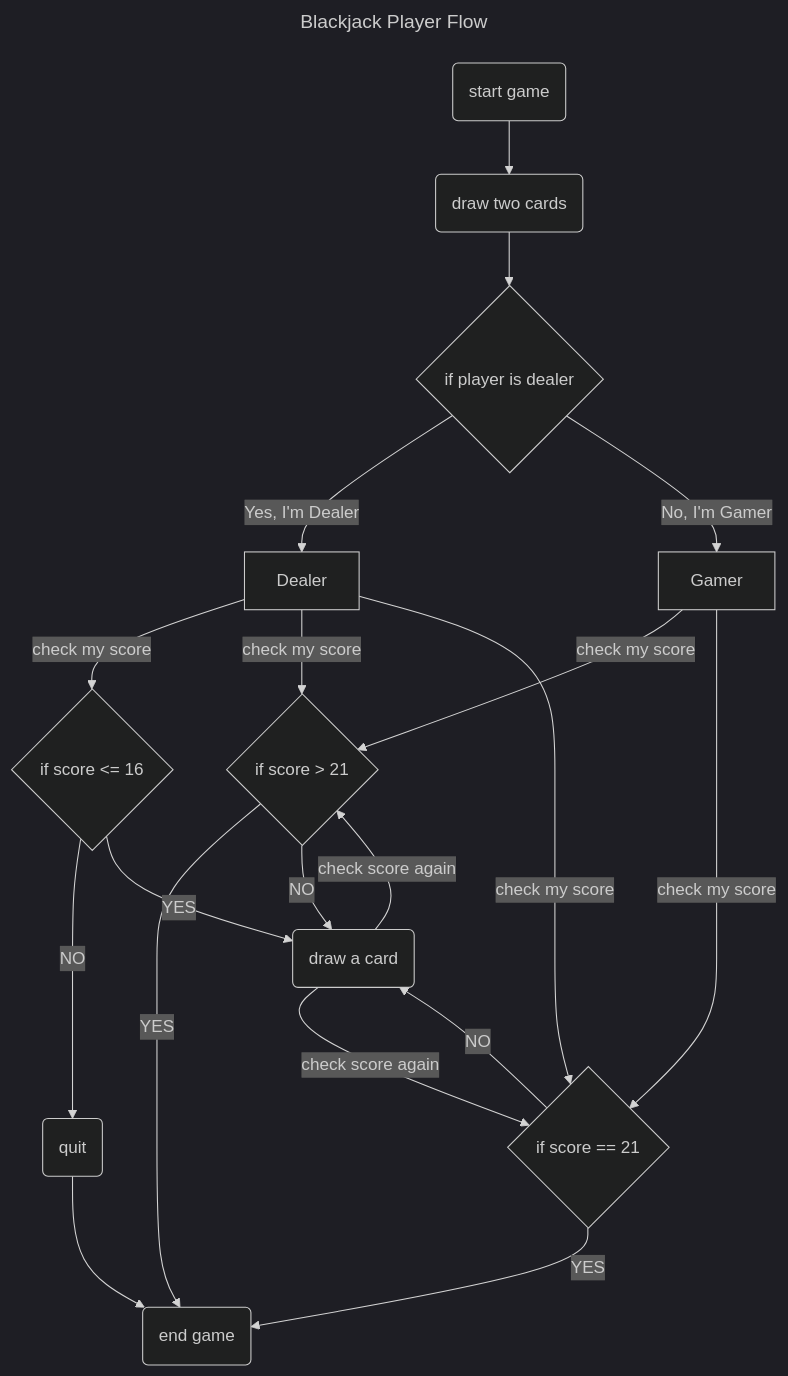
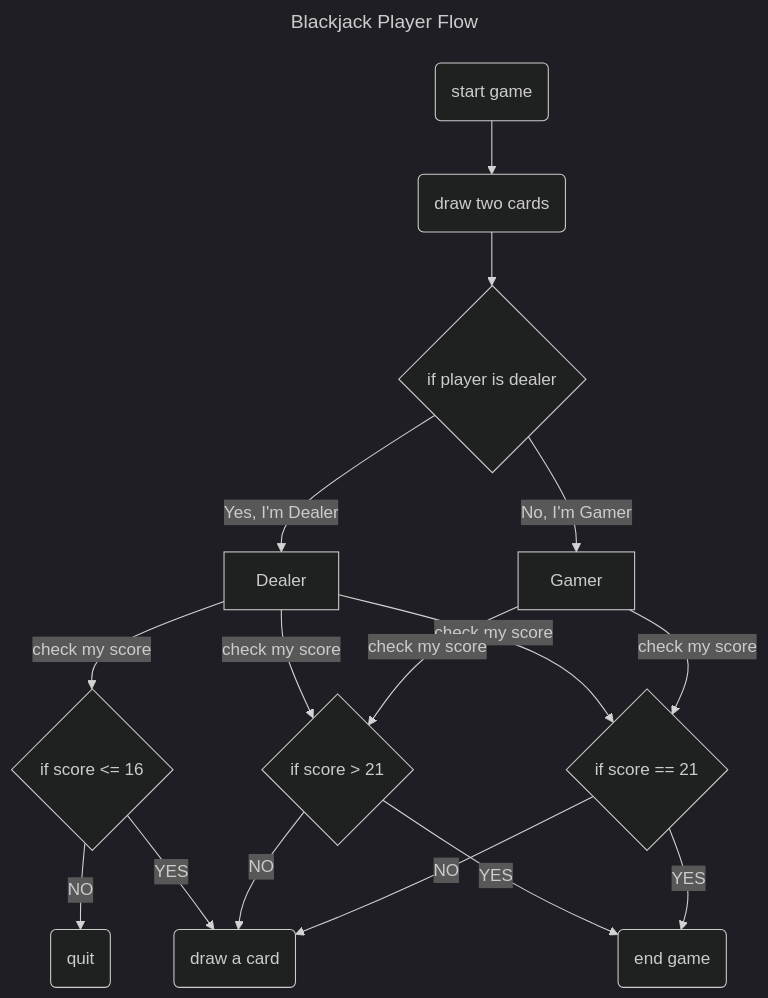
The diagram in blackjack.md (next-step/kotlin-blackjack), drawn with Mermaid (dark theme) before and after one commit. The commit also changed 5 other files, not shown here.

````diff
--- a/blackjack.md
+++ b/blackjack.md
@@ -1,46 +1,43 @@
 ```mermaid
 ---
 title: Blackjack Player Flow
 ---
 flowchart TD
     gamer[Gamer]
     dealer[Dealer]
 
     startGame(start game)
     endGame(end game)
     drawTwoCards(draw two cards)
     draw(draw a card)
     quit(quit)
     
     checkPlayer{if player is dealer}
     checkScoreUnder16{ if score <= 16}
     checkOver21{ if score > 21}
     checkBlackjack{ if score == 21}
     
     startGame --> drawTwoCards --> checkPlayer
     checkPlayer --> |Yes, I'm Dealer| dealer
     checkPlayer --> |No, I'm Gamer| gamer
     
 
     dealer --> |check my score| checkScoreUnder16
     dealer --> |check my score| checkOver21
     dealer --> |check my score| checkBlackjack
     
     gamer --> |check my score| checkOver21
     gamer --> |check my score| checkBlackjack
 
     checkScoreUnder16 --> |NO| quit
     checkScoreUnder16 --> |YES| draw
     
     checkOver21 --> |YES| endGame
     checkOver21 --> |NO| draw
     
     checkBlackjack --> |YES| endGame
     checkBlackjack --> |NO| draw
 
-    draw --> |check score again| checkOver21
-    draw --> |check score again| checkBlackjack
-
-    quit --> endGame
+    
 
 ```
````
